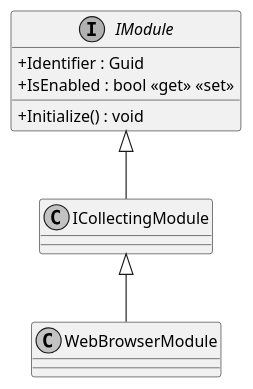
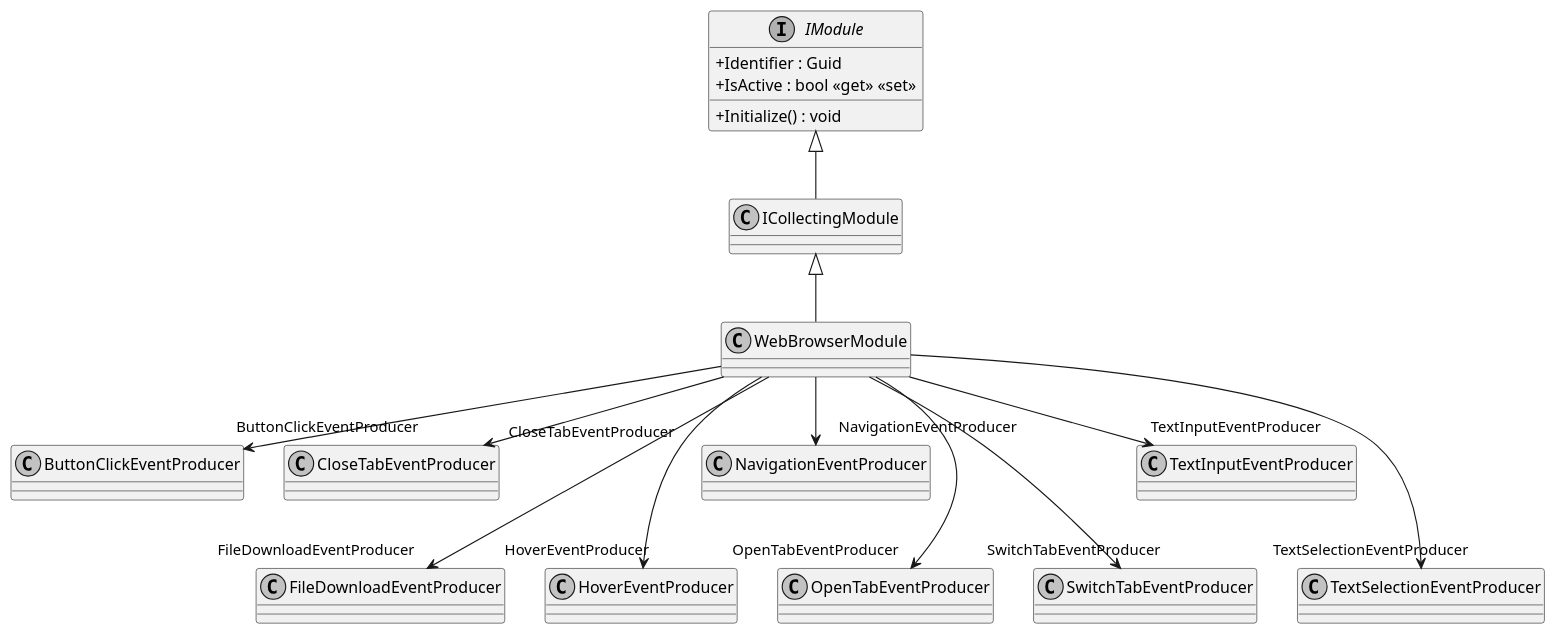
Before and after one commit to insightmind/MORR: the diagram in documents/sd/plantuml/application/Modules/WebBrowser/WebBrowserModule.puml, drawn with PlantUML. The commit also changed 27 other files, not shown here.

Commit message:
Add updated puml for web browser module

```diff
--- a/documents/sd/plantuml/application/Modules/WebBrowser/WebBrowserModule.puml
+++ b/documents/sd/plantuml/application/Modules/WebBrowser/WebBrowserModule.puml
@@ -1,17 +1,26 @@
 @startuml
 skinparam monochrome true
 skinparam classAttributeIconSize 0
 
 class WebBrowserModule {
 }
 
 ICollectingModule <|-- WebBrowserModule
 
 interface IModule {
     + Identifier : Guid
-    + IsEnabled : bool <<get>> <<set>>
+    + IsActive : bool <<get>> <<set>>
     + Initialize() : void
 }
 
 IModule <|-- ICollectingModule
+WebBrowserModule --> "ButtonClickEventProducer" ButtonClickEventProducer
+WebBrowserModule =-> "CloseTabEventProducer" CloseTabEventProducer
+WebBrowserModule ---> "FileDownloadEventProducer" FileDownloadEventProducer
+WebBrowserModule ---> "HoverEventProducer" HoverEventProducer
+WebBrowserModule --> "NavigationEventProducer" NavigationEventProducer
+WebBrowserModule ---> "OpenTabEventProducer" OpenTabEventProducer
+WebBrowserModule ---> "SwitchTabEventProducer" SwitchTabEventProducer
+WebBrowserModule --> "TextInputEventProducer" TextInputEventProducer
+WebBrowserModule ---> "  TextSelectionEventProducer" TextSelectionEventProducer
 @enduml
```
